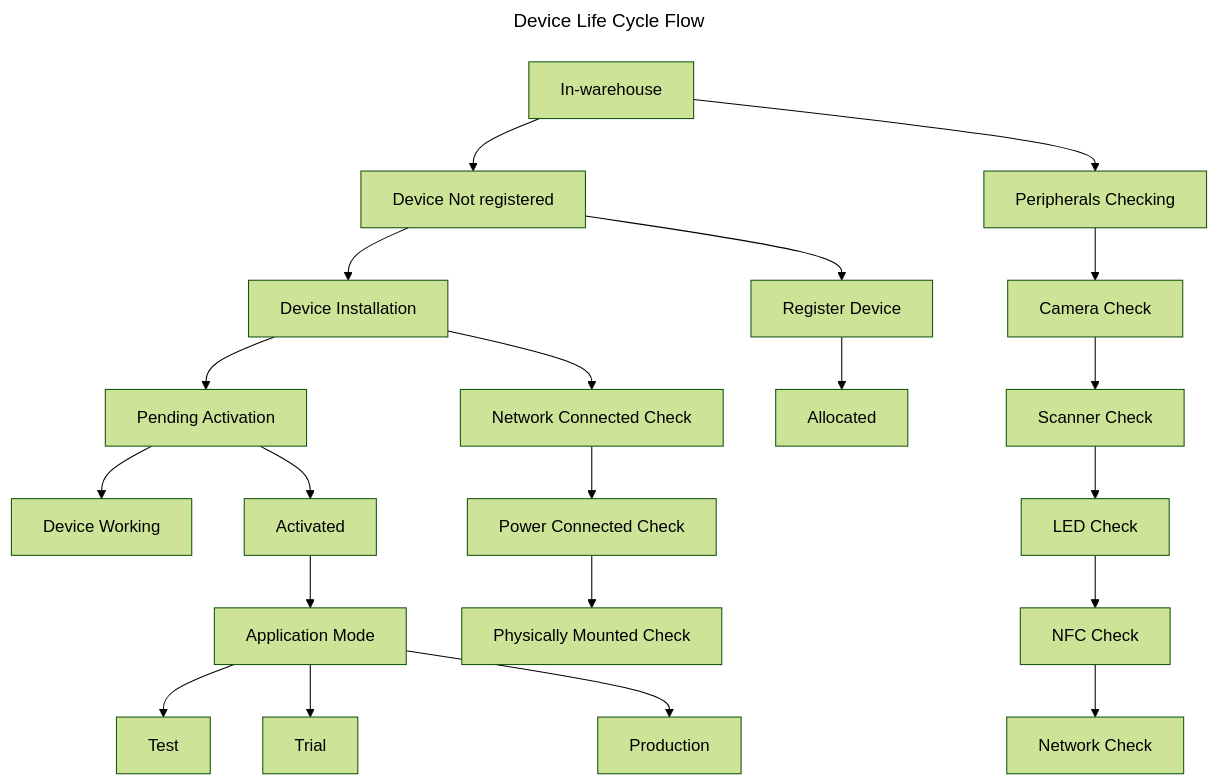
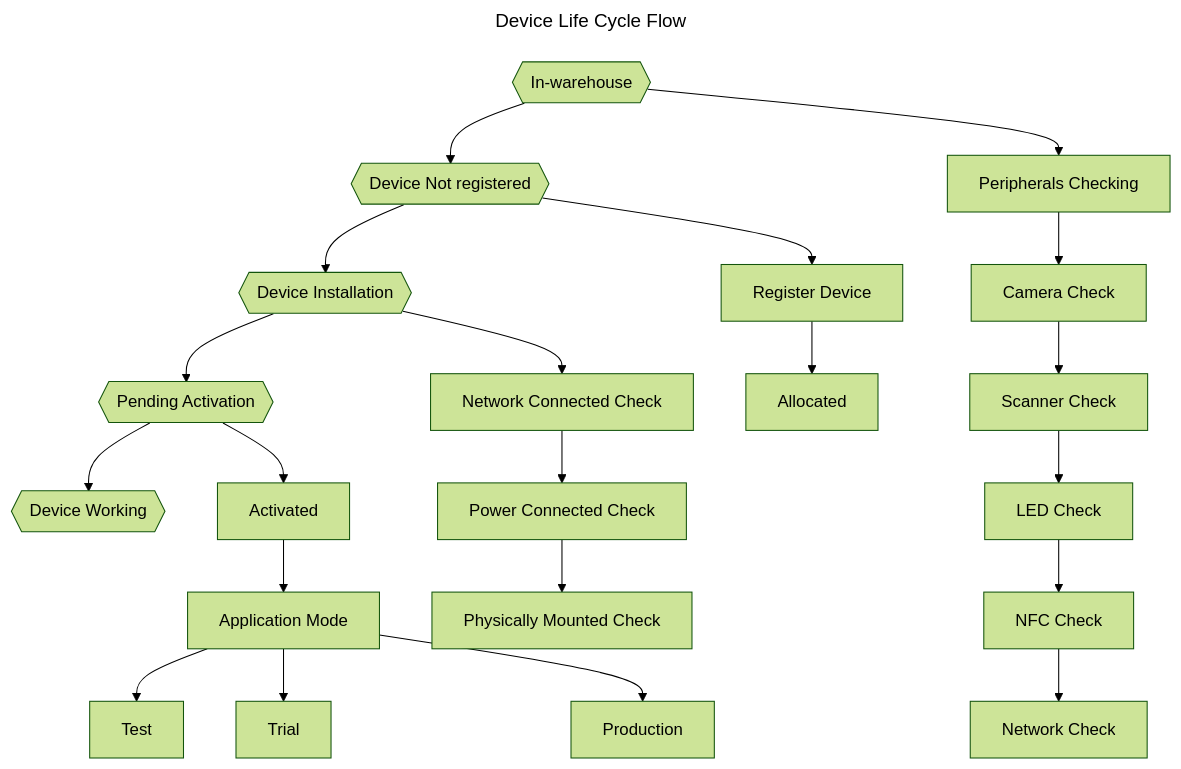
One commit to Ayush750502/PrologicTechnologies2025 changed the diagram in SkipQ/TO-DO 18-May-2026/README.MD. Above: the diagram before and after it, drawn with Mermaid (forest theme).

Commit message:
Refining

````diff
--- a/SkipQ/TO-DO 18-May-2026/README.MD
+++ b/SkipQ/TO-DO 18-May-2026/README.MD
@@ -7,48 +7,48 @@
 ```mermaid
 ---
 title: Device Life Cycle Flow
 ---
 flowchart TD
-	A[In-warehouse]
+	A{{In-warehouse}}
 	A1[Peripherals Checking]
 	A2[Camera Check]
 	A3[Scanner Check]
 	A4[LED Check]
 	A5[NFC Check]
 	A6[Network Check]
 
-	B[Device Not registered]
+	B{{Device Not registered}}
 	B1[Register Device]
 	B2[Allocated]
 
-	C[Device Installation]
+	C{{Device Installation}}
 	C1[Network Connected Check]
 	C2[Power Connected Check]
 	C3[Physically Mounted Check]
 
-	D[Pending Activation]
+	D{{Pending Activation}}
 	D1[Activated]
 	D2[Application Mode]
 	D21[Test]
 	D22[Trial]
 	D23[Production]
 
-	E[Device Working]
+	E{{Device Working}}
 
 	A --> B --> C --> D --> E
 
 	A --> A1 --> A2 --> A3 --> A4 --> A5 --> A6
 
 	B --> B1 --> B2
 
 	C --> C1 --> C2 --> C3
 
 	D --> D1 --> D2
 
 	D2 --> D21 
 
 	D2 --> D22
 
 	D2 --> D23
 
 ```
````
